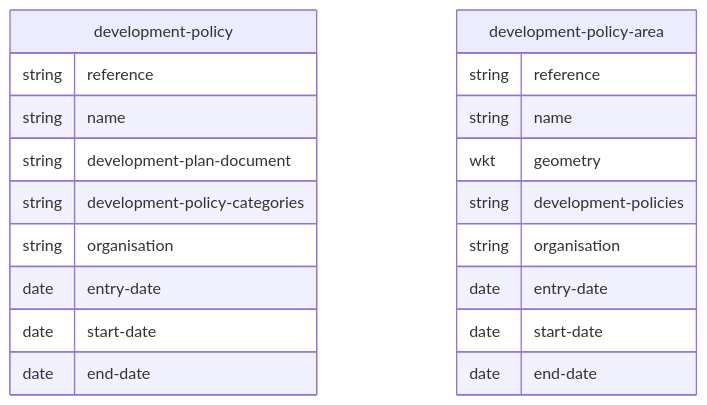
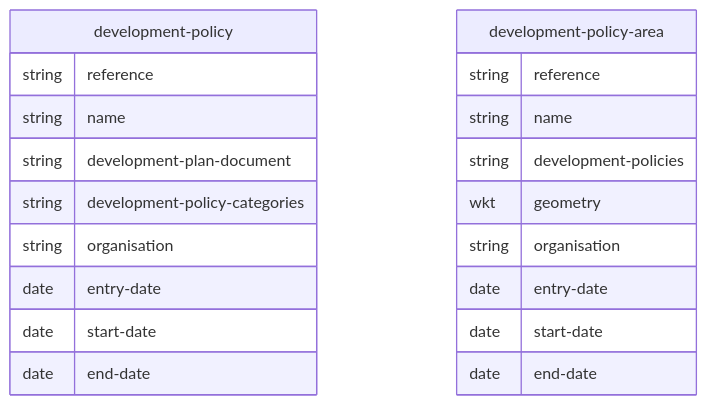
The diagram in mermaid/development-policy.md (digital-land/specification), drawn with Mermaid before and after one commit. The commit also changed other lines of this file and 21 other files, not shown here.

````diff
--- a/mermaid/development-policy.md
+++ b/mermaid/development-policy.md
@@ -4,23 +4,23 @@
 ```mermaid
 erDiagram
     development-policy {
         string reference
         string name
         string development-plan-document
         string development-policy-categories
         string organisation
         date entry-date
         date start-date
         date end-date
     }
     development-policy-area {
         string reference
         string name
+        string development-policies
         wkt geometry
-        string development-policies
         string organisation
         date entry-date
         date start-date
         date end-date
     }
 ```
````
